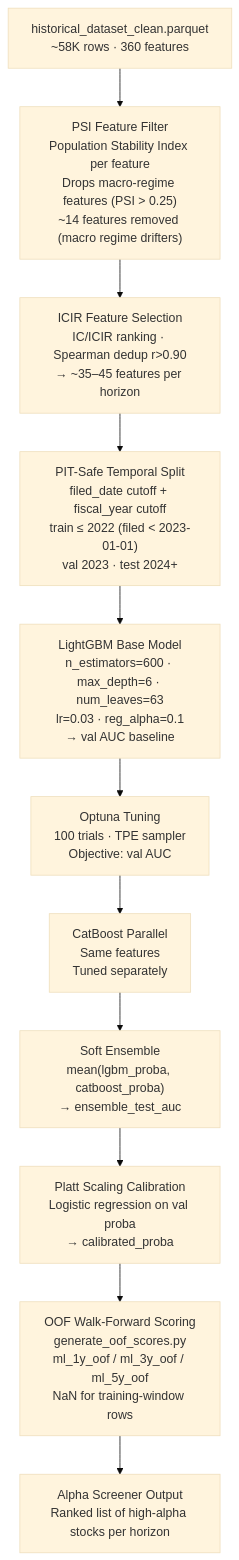
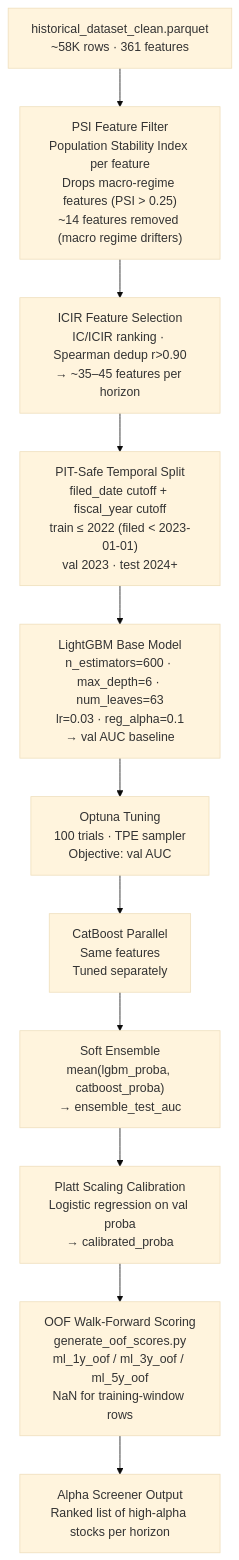
The diagram in docs/methodology/models.md (sherlock718/stock-fraud-screener), drawn with Mermaid (base theme) before and after one commit. The commit also changed other lines of this file and 11 other files, not shown here.

````diff
--- a/docs/methodology/models.md
+++ b/docs/methodology/models.md
@@ -5,13 +5,13 @@
 ```mermaid
 flowchart TD
-    A["historical_dataset_clean.parquet<br/>~58K rows · 360 features"] --> PSI["PSI Feature Filter<br/>Population Stability Index per feature<br/>Drops macro-regime features (PSI > 0.25)<br/>~14 features removed (macro regime drifters)"]
+    A["historical_dataset_clean.parquet<br/>~58K rows · 361 features"] --> PSI["PSI Feature Filter<br/>Population Stability Index per feature<br/>Drops macro-regime features (PSI > 0.25)<br/>~14 features removed (macro regime drifters)"]
     PSI --> B["ICIR Feature Selection<br/>IC/ICIR ranking · Spearman dedup r>0.90<br/>→ ~35–45 features per horizon"]
     B --> C["PIT-Safe Temporal Split<br/>filed_date cutoff + fiscal_year cutoff<br/>train ≤ 2022 (filed < 2023-01-01)<br/>val 2023 · test 2024+"]
     C --> D["LightGBM Base Model<br/>n_estimators=600 · max_depth=6 · num_leaves=63<br/>lr=0.03 · reg_alpha=0.1<br/>→ val AUC baseline"]
     D --> E["Optuna Tuning<br/>100 trials · TPE sampler<br/>Objective: val AUC"]
     E --> F["CatBoost Parallel<br/>Same features<br/>Tuned separately"]
     F --> G["Soft Ensemble<br/>mean(lgbm_proba, catboost_proba)<br/>→ ensemble_test_auc"]
     G --> H["Platt Scaling Calibration<br/>Logistic regression on val proba<br/>→ calibrated_proba"]
     H --> I["OOF Walk-Forward Scoring<br/>generate_oof_scores.py<br/>ml_1y_oof / ml_3y_oof / ml_5y_oof<br/>NaN for training-window rows"]
     I --> J["Alpha Screener Output<br/>Ranked list of high-alpha stocks per horizon"]
 ```
````
